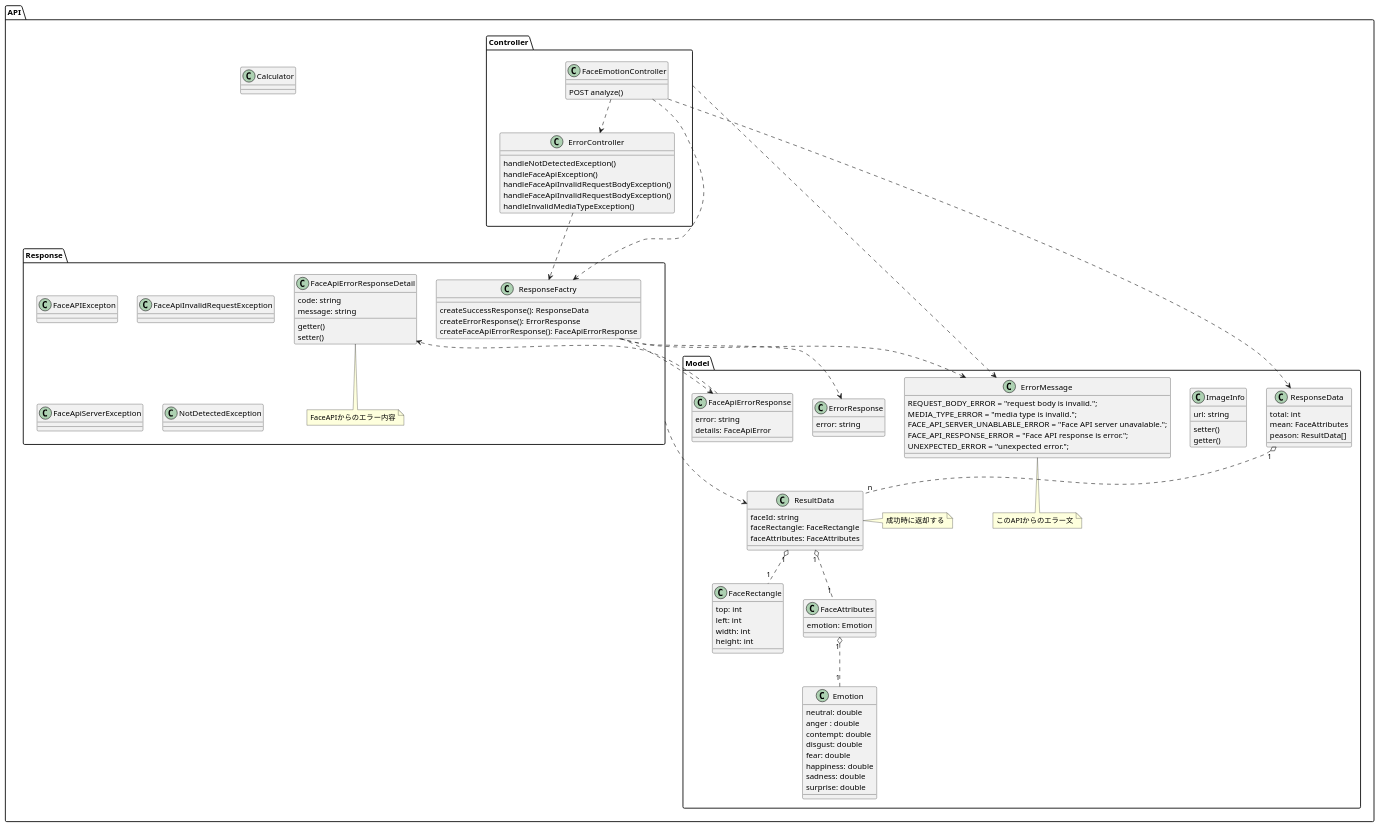
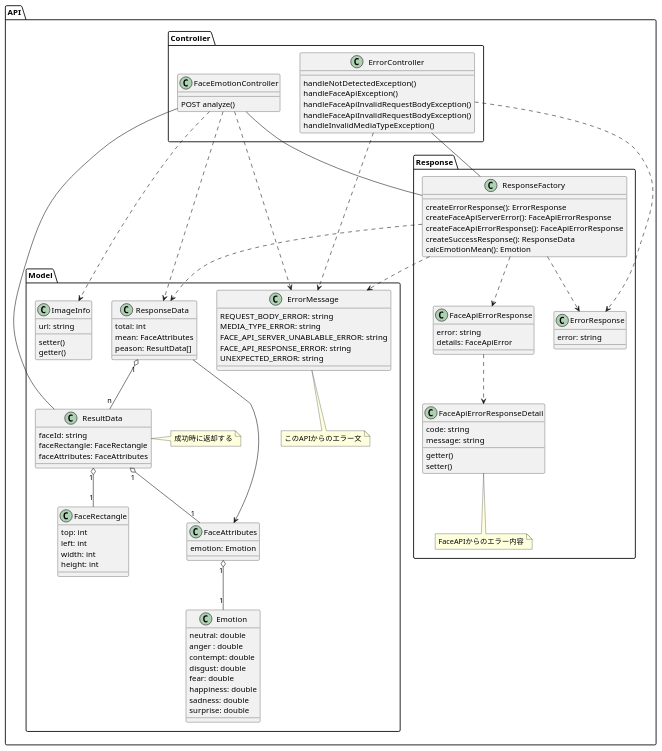
Before and after one commit to nishikawa1114/FaceEmotionSystem: the diagram in doc/uml/classDiagApi.pu, drawn with PlantUML. The commit also changed 3 other files, not shown here.

```diff
--- a/doc/uml/classDiagApi.pu
+++ b/doc/uml/classDiagApi.pu
@@ -1,140 +1,129 @@
 @startuml Face Emotion Analyzer API
 
 ' サーバーサイド
 package "API" {
 
     package "Controller" {
         class FaceEmotionController {
             POST analyze()
         }
 
         class ErrorController {
             handleNotDetectedException()
             handleFaceApiException()
             handleFaceApiInvalidRequestBodyException()
             handleFaceApiInvalidRequestBodyException()
             handleInvalidMediaTypeException()
         }
     }
 
     package "Response" {
 
-        class ResponseFactry {
+        class ResponseFactory {
+            createErrorResponse(): ErrorResponse
+            createFaceApiServerError(): FaceApiErrorResponse
+            createFaceApiErrorResponse(): FaceApiErrorResponse
             createSuccessResponse(): ResponseData
-            createErrorResponse(): ErrorResponse
-            createFaceApiErrorResponse(): FaceApiErrorResponse
+            calcEmotionMean(): Emotion
         }
 
         class FaceApiErrorResponseDetail {
             code: string
             message: string
             getter()
             setter()
         }
         note bottom: FaceAPIからのエラー内容
 
-        class FaceAPIExcepton {
-
+        class ErrorResponse {
+            error: string
         }
 
-        class FaceApiInvalidRequestException {
-
+        class FaceApiErrorResponse {
+            error: string
+            details: FaceApiError
         }
 
-        class FaceApiServerException {
-
-        }
-
-        class NotDetectedException {
-
-        }
     }
 
 
     package "Model" {
         class ResponseData {
             total: int
             mean: FaceAttributes
             peason: ResultData[]
         }
 
         class ResultData {
             faceId: string
             faceRectangle: FaceRectangle
             faceAttributes: FaceAttributes
         }
         note right: 成功時に返却する
 
         class FaceRectangle {
             top: int
             left: int
             width: int
             height: int
         }
 
         class FaceAttributes {
             emotion: Emotion
         }
 
         class Emotion {
             neutral: double
             anger : double
             contempt: double
             disgust: double
             fear: double
             happiness: double
             sadness: double
             surprise: double
         }
 
         class ImageInfo {
             url: string
             setter()
             getter()
         }
 
-        class ErrorResponse {
-            error: string
+        
+        class ErrorMessage {
+            REQUEST_BODY_ERROR: string
+            MEDIA_TYPE_ERROR: string
+            FACE_API_SERVER_UNABLABLE_ERROR: string
+            FACE_API_RESPONSE_ERROR: string
+            UNEXPECTED_ERROR: string
         }
-
-        class ErrorMessage {
-            REQUEST_BODY_ERROR = "request body is invalid.";
-            MEDIA_TYPE_ERROR = "media type is invalid.";
-            FACE_API_SERVER_UNABLABLE_ERROR = "Face API server unavalable.";
-            FACE_API_RESPONSE_ERROR = "Face API response is error.";
-            UNEXPECTED_ERROR = "unexpected error.";
-        }
-
         note bottom: このAPIからのエラー文
-
-        class FaceApiErrorResponse {
-            error: string
-            details: FaceApiError
-        }
-    }
-
-    class Calculator {
-
+        
     }
 
 }
 
-ResponseData "1" o.. "n" ResultData
-ResultData "1" o.. "1" FaceRectangle
-ResultData "1" o.. "1" FaceAttributes
-FaceAttributes "1" o.. "1" Emotion
+ResponseData "1" o-- "n" ResultData
+ResponseData --> FaceAttributes
+ResultData "1" o-- "1" FaceRectangle
+ResultData "1" o-- "1" FaceAttributes
+FaceAttributes "1" o-- "1" Emotion
 
+ResponseFactory ..> ErrorMessage
+ResponseFactory ..> ErrorResponse
+ResponseFactory ..> FaceApiErrorResponse
+ResponseFactory ..> ResponseData
+
+FaceEmotionController -- ResponseFactory
+FaceEmotionController ..> ErrorMessage
+FaceEmotionController ..> ImageInfo
+FaceEmotionController -- ResultData
 FaceEmotionController ..> ResponseData
-FaceEmotionController ..> ErrorController
 
-Controller ..> ErrorMessage
-ResponseFactry ..> ErrorMessage
+ErrorController -- ResponseFactory
+ErrorController ..> ErrorMessage
+ErrorController ..> ErrorResponse
 
-FaceEmotionController ..> ResponseFactry
-ErrorController ..> ResponseFactry
-ResponseFactry ..> ErrorResponse
-ResponseFactry ..> FaceApiErrorResponse
 FaceApiErrorResponse ..> FaceApiErrorResponseDetail
-Response ..> ResultData
 
 @enduml
```
